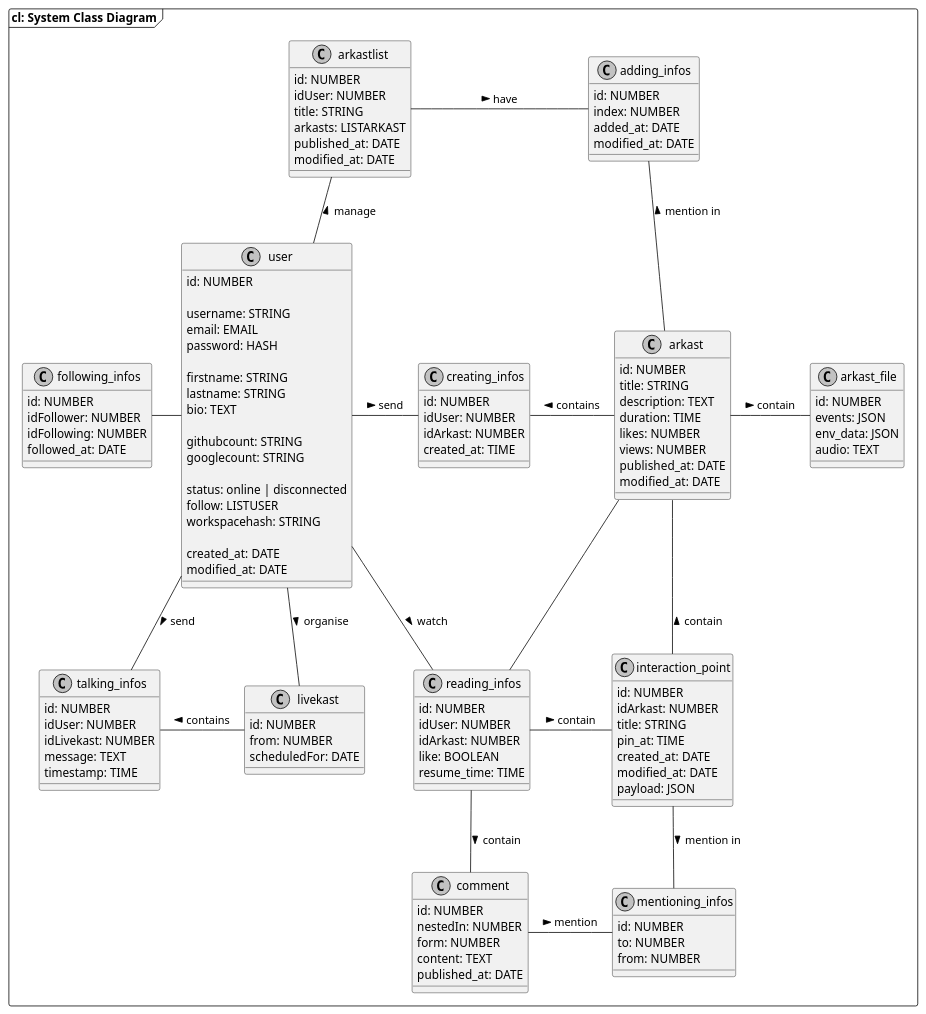
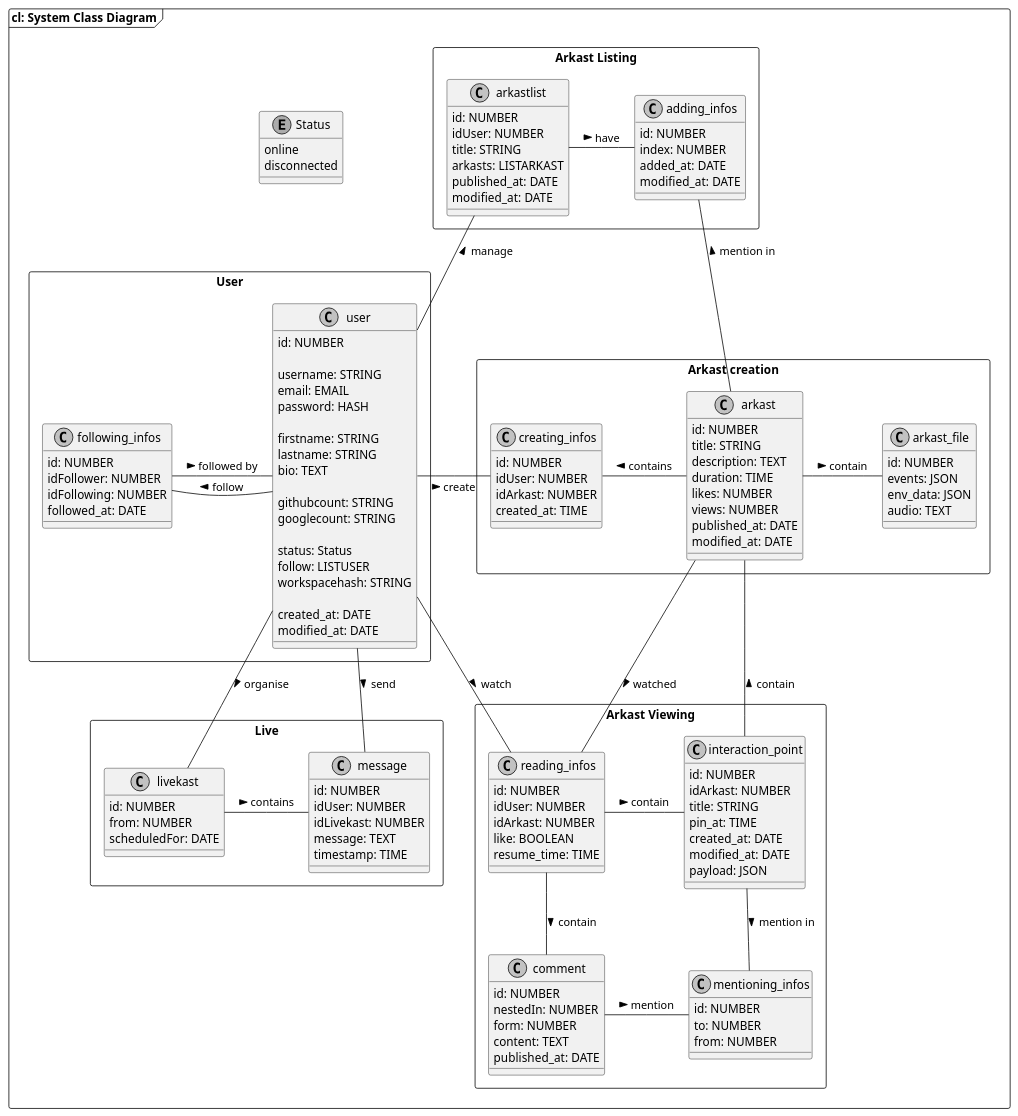
Before and after one commit to SSMM0498/arkad-conception: the diagram in models/4.Class/3.system.puml, drawn with PlantUML.

Commit message:
upd : system class diagram

```diff
--- a/models/4.Class/3.system.puml
+++ b/models/4.Class/3.system.puml
@@ -1,144 +1,159 @@
 @startuml "System Class Diagram"
 skinparam shadowing false
 skinparam monochrome true
 
 frame "cl: System Class Diagram" {
-    class user {
-        id: NUMBER
-
-        username: STRING
-        email: EMAIL
-        password: HASH
-
-        firstname: STRING
-        lastname: STRING
-        bio: TEXT
-        
-        githubcount: STRING
-        googlecount: STRING
-        
-        status: online | disconnected
-        follow: LISTUSER
-        workspacehash: STRING
-        
-        created_at: DATE
-        modified_at: DATE
+    enum Status {
+        online
+        disconnected
     }
 
+    rectangle "User" {
+        class user {
+            id: NUMBER
 
-    class arkast {
-        id: NUMBER
-        title: STRING
-        description: TEXT
-        duration: TIME
-        likes: NUMBER
-        views: NUMBER
-        published_at: DATE
-        modified_at: DATE
-    }
-    
-    class livekast {
-        id: NUMBER
-        from: NUMBER
-        scheduledFor: DATE
+            username: STRING
+            email: EMAIL
+            password: HASH
+
+            firstname: STRING
+            lastname: STRING
+            bio: TEXT
+
+            githubcount: STRING
+            googlecount: STRING
+
+            status: Status
+            follow: LISTUSER
+            workspacehash: STRING
+
+            created_at: DATE
+            modified_at: DATE
+
+        }
+
+        class following_infos {
+            id: NUMBER
+            idFollower: NUMBER
+            idFollowing: NUMBER
+            followed_at: DATE
+        }
     }
 
-    class arkast_file {
-        id: NUMBER
-        events: JSON
-        env_data: JSON
-        audio: TEXT
-    }
-    
-    class creating_infos {
-        id: NUMBER
-        idUser: NUMBER
-        idArkast: NUMBER
-        created_at: TIME
-    }
-    
-    class reading_infos {
-        id: NUMBER
-        idUser: NUMBER
-        idArkast: NUMBER
-        like: BOOLEAN
-        resume_time: TIME
-    }
-    
-    class talking_infos {
-        id: NUMBER
-        idUser: NUMBER
-        idLivekast: NUMBER
-        message: TEXT
-        timestamp: TIME
+    rectangle "Arkast creation" {
+        class arkast {
+            id: NUMBER
+            title: STRING
+            description: TEXT
+            duration: TIME
+            likes: NUMBER
+            views: NUMBER
+            published_at: DATE
+            modified_at: DATE
+        }
+
+        class arkast_file {
+            id: NUMBER
+            events: JSON
+            env_data: JSON
+            audio: TEXT
+        }
+
+        class creating_infos {
+            id: NUMBER
+            idUser: NUMBER
+            idArkast: NUMBER
+            created_at: TIME
+        }
     }
 
-    class interaction_point {
-        id: NUMBER
-        idArkast: NUMBER
-        title: STRING
-        pin_at: TIME
-        created_at: DATE
-        modified_at: DATE
-        payload: JSON
-    }
-    
-    class comment {
-        id: NUMBER
-        nestedIn: NUMBER
-        form: NUMBER
-        content: TEXT
-        published_at: DATE
-    }
-    
-    class arkastlist {
-        id: NUMBER
-        idUser: NUMBER
-        title: STRING
-        arkasts: LISTARKAST
-        published_at: DATE
-        modified_at: DATE
+    rectangle "Live" {
+        class livekast {
+            id: NUMBER
+            from: NUMBER
+            scheduledFor: DATE
+        }
+
+        class message {
+            id: NUMBER
+            idUser: NUMBER
+            idLivekast: NUMBER
+            message: TEXT
+            timestamp: TIME
+        }
     }
 
-    class adding_infos {
-        id: NUMBER
-        index: NUMBER
-        added_at: DATE
-        modified_at: DATE
+    rectangle "Arkast Listing"{
+        class arkastlist {
+            id: NUMBER
+            idUser: NUMBER
+            title: STRING
+            arkasts: LISTARKAST
+            published_at: DATE
+            modified_at: DATE
+        }
+
+        class adding_infos {
+            id: NUMBER
+            index: NUMBER
+            added_at: DATE
+            modified_at: DATE
+        }
     }
 
+    rectangle "Arkast Viewing" {
+        class reading_infos {
+            id: NUMBER
+            idUser: NUMBER
+            idArkast: NUMBER
+            like: BOOLEAN
+            resume_time: TIME
+        }
 
-    class following_infos {
-        id: NUMBER
-        idFollower: NUMBER
-        idFollowing: NUMBER
-        followed_at: DATE
-    }
-    
-    class mentioning_infos {
-        id: NUMBER
-        to: NUMBER
-        from: NUMBER
+        class interaction_point {
+            id: NUMBER
+            idArkast: NUMBER
+            title: STRING
+            pin_at: TIME
+            created_at: DATE
+            modified_at: DATE
+            payload: JSON
+        }
+
+        class comment {
+            id: NUMBER
+            nestedIn: NUMBER
+            form: NUMBER
+            content: TEXT
+            published_at: DATE
+        }
+
+        class mentioning_infos {
+            id: NUMBER
+            to: NUMBER
+            from: NUMBER
+        }
     }
 
-    user -left- following_infos
-    arkast -right- arkast_file : contain >
-    ' user -right- arkast : manage >
+    user -up- arkastlist : manage >
+    user -left- following_infos: follow >
+    user -left- following_infos: followed by <
+    user -right- creating_infos : create >
     user -down- livekast : organise >
     user -down- reading_infos : watch >
-    talking_infos -right- livekast : contains <
-    arkast -down- reading_infos
-    user -right- creating_infos : send >
-    user -down- talking_infos : send >
+    user -down- message : send >
+    ' user -right- arkast : manage >
+    message -left- livekast : contains <
+    arkast -right- arkast_file : contain >
+    arkast -down- reading_infos : watched >
     creating_infos -right- arkast : contains <
-    user -up- arkastlist : manage >
     adding_infos -left- arkastlist : have <
     adding_infos -down- arkast : mention in <
     reading_infos -down- comment : contain >
     reading_infos -right- interaction_point : contain >
     interaction_point -up- arkast : contain >
     interaction_point -down- mentioning_infos : mention in >
     comment -right- mentioning_infos : mention >
 }
 
 @enduml
```
